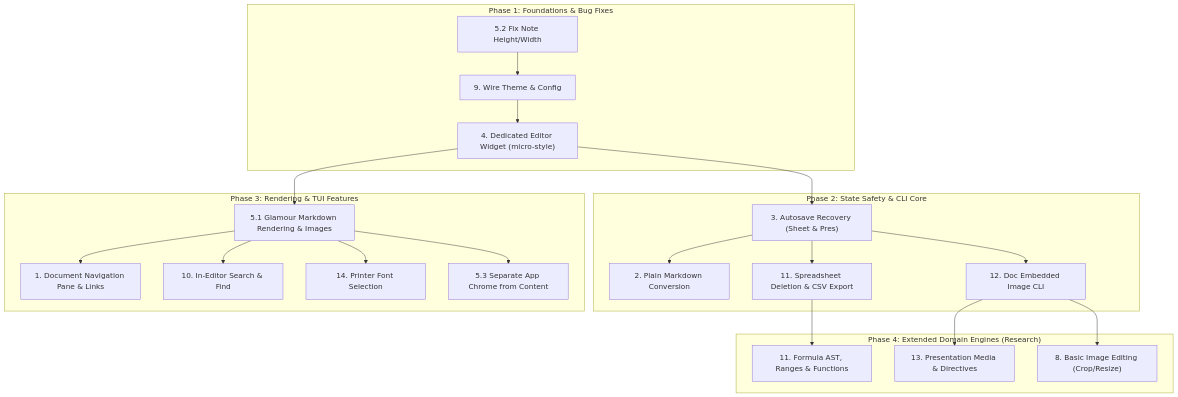
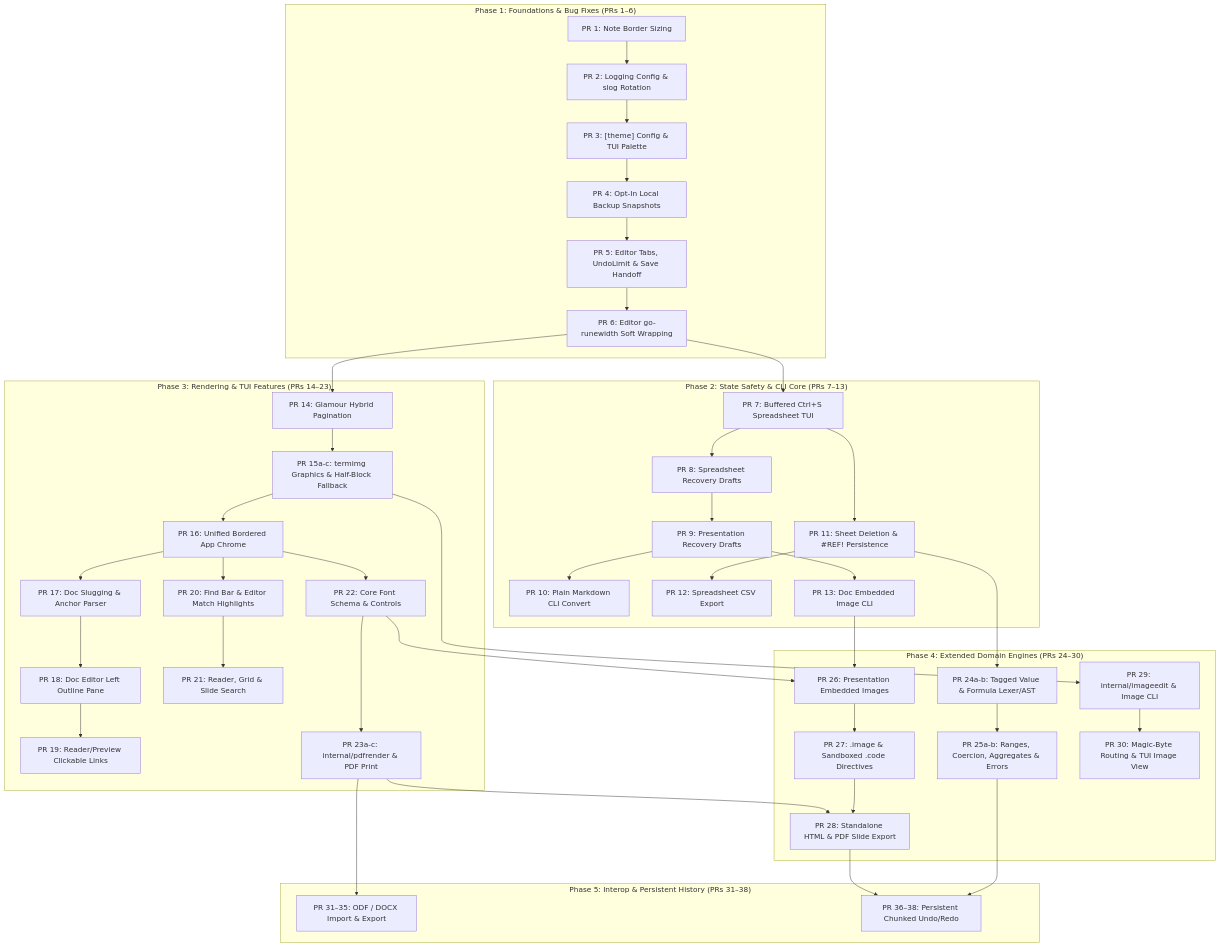
One commit to ramjac/parchment changed the diagram in FutureWork.md. Above: the diagram before and after it, drawn with Mermaid. The commit also changed other lines of this file and 3 other files, not shown here.

````diff
--- a/FutureWork.md
+++ b/FutureWork.md
@@ -447,28 +745,51 @@
 ```mermaid
 flowchart TD
-    subgraph Phase1["Phase 1: Foundations & Bug Fixes"]
-        H["5.2 Fix Note Height/Width"] --> T["9. Wire Theme & Config"]
-        T --> K["4. Dedicated Editor Widget (micro-style)"]
+    subgraph Phase1["Phase 1: Foundations & Bug Fixes (PRs 1–6)"]
+        PR1["PR 1: Note Border Sizing"] --> PR2["PR 2: Logging Config & slog Rotation"]
+        PR2 --> PR3["PR 3: [theme] Config & TUI Palette"]
+        PR3 --> PR4["PR 4: Opt-In Local Backup Snapshots"]
+        PR4 --> PR5["PR 5: Editor Tabs, UndoLimit & Save Handoff"]
+        PR5 --> PR6["PR 6: Editor go-runewidth Soft Wrapping"]
     end
 
-    subgraph Phase2["Phase 2: State Safety & CLI Core"]
-        K --> R["3. Autosave Recovery (Sheet & Pres)"]
-        R --> C["2. Plain Markdown Conversion"]
-        R --> S_DEL["11. Spreadsheet Deletion & CSV Export"]
-        R --> IMG_CLI["12. Doc Embedded Image CLI"]
+    subgraph Phase2["Phase 2: State Safety & CLI Core (PRs 7–13)"]
+        PR6 --> PR7["PR 7: Buffered Ctrl+S Spreadsheet TUI"]
+        PR7 --> PR8["PR 8: Spreadsheet Recovery Drafts"]
+        PR8 --> PR9["PR 9: Presentation Recovery Drafts"]
+        PR9 --> PR10["PR 10: Plain Markdown CLI Convert"]
+        PR7 --> PR11["PR 11: Sheet Deletion & #REF! Persistence"]
+        PR11 --> PR12["PR 12: Spreadsheet CSV Export"]
+        PR9 --> PR13["PR 13: Doc Embedded Image CLI"]
     end
 
-    subgraph Phase3["Phase 3: Rendering & TUI Features"]
-        K --> REND["5.1 Glamour Markdown Rendering & Images"]
-        REND --> LINK["1. Document Navigation Pane & Links"]
-        REND --> SEARCH["10. In-Editor Search & Find"]
-        REND --> FONT["14. Printer Font Selection"]
-        REND --> CHROME["5.3 Separate App Chrome from Content"]
+    subgraph Phase3["Phase 3: Rendering & TUI Features (PRs 14–23)"]
+        PR6 --> PR14["PR 14: Glamour Hybrid Pagination"]
+        PR14 --> PR15["PR 15a-c: termimg Graphics & Half-Block Fallback"]
+        PR15 --> PR16["PR 16: Unified Bordered App Chrome"]
+        PR16 --> PR17["PR 17: Doc Slugging & Anchor Parser"]
+        PR17 --> PR18["PR 18: Doc Editor Left Outline Pane"]
+        PR18 --> PR19["PR 19: Reader/Preview Clickable Links"]
+        PR16 --> PR20["PR 20: Find Bar & Editor Match Highlights"]
+        PR20 --> PR21["PR 21: Reader, Grid & Slide Search"]
+        PR16 --> PR22["PR 22: Core Font Schema & Controls"]
+        PR22 --> PR23["PR 23a-c: internal/pdfrender & PDF Print"]
     end
 
-    subgraph Phase4["Phase 4: Extended Domain Engines (Research)"]
-        S_DEL --> FORMULA["11. Formula AST, Ranges & Functions"]
-        IMG_CLI --> PRES_MEDIA["13. Presentation Media & Directives"]
-        IMG_CLI --> IMG_EDIT["8. Basic Image Editing (Crop/Resize)"]
+    subgraph Phase4["Phase 4: Extended Domain Engines (PRs 24–30)"]
+        PR11 --> PR24["PR 24a-b: Tagged Value & Formula Lexer/AST"]
+        PR24 --> PR25["PR 25a-b: Ranges, Coercion, Aggregates & Errors"]
+        PR13 --> PR26["PR 26: Presentation Embedded Images"]
+        PR22 --> PR26
+        PR26 --> PR27["PR 27: .image & Sandboxed .code Directives"]
+        PR27 --> PR28["PR 28: Standalone HTML & PDF Slide Export"]
+        PR23 --> PR28
+        PR15 --> PR29["PR 29: internal/imageedit & Image CLI"]
+        PR29 --> PR30["PR 30: Magic-Byte Routing & TUI Image View"]
+    end
+
+    subgraph Phase5["Phase 5: Interop & Persistent History (PRs 31–38)"]
+        PR23 --> PR31["PR 31–35: ODF / DOCX Import & Export"]
+        PR25 --> PR36["PR 36–38: Persistent Chunked Undo/Redo"]
+        PR28 --> PR36
     end
 ```
````
